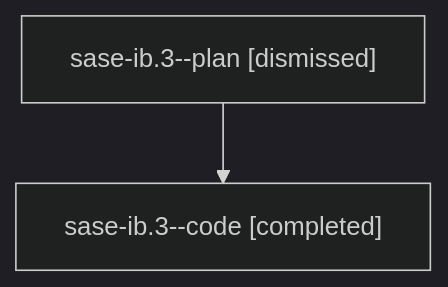
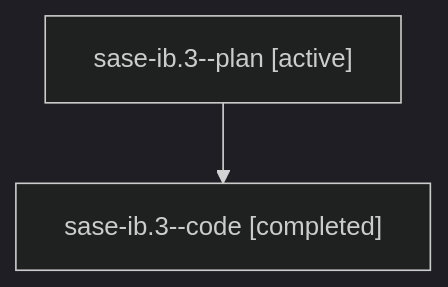
The diagram in families/bbugyi200.athena.sase-ib.3.md (sase-org/sase--agents), drawn with Mermaid (dark theme) before and after one commit. The commit also changed other lines of this file and 35830 other files, not shown here.

````diff
--- a/families/bbugyi200.athena.sase-ib.3.md
+++ b/families/bbugyi200.athena.sase-ib.3.md
@@ -9,6 +9,6 @@
 ```mermaid
 flowchart TD
-  n0["sase-ib.3--plan [dismissed]"]
+  n0["sase-ib.3--plan [active]"]
   n1["sase-ib.3--code [completed]"]
   n0 --> n1
 ```
````
